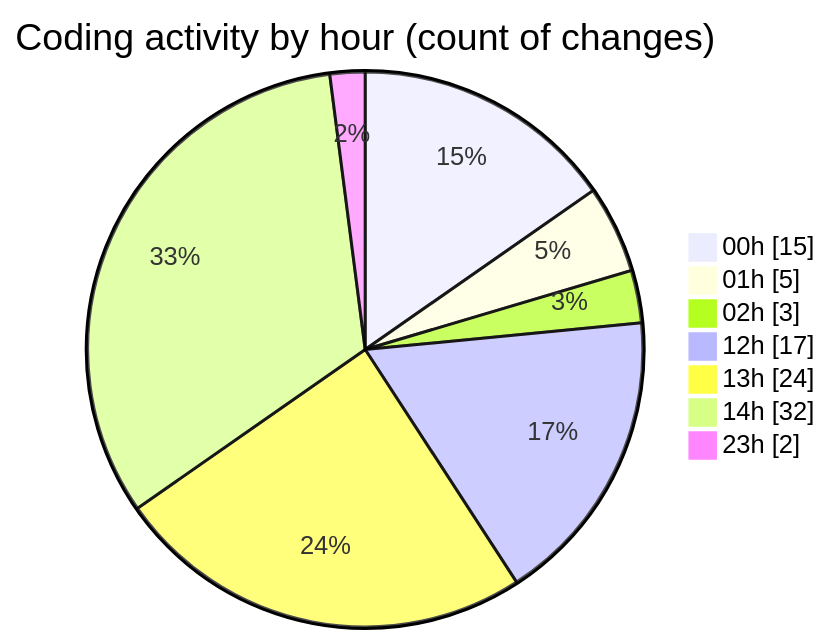
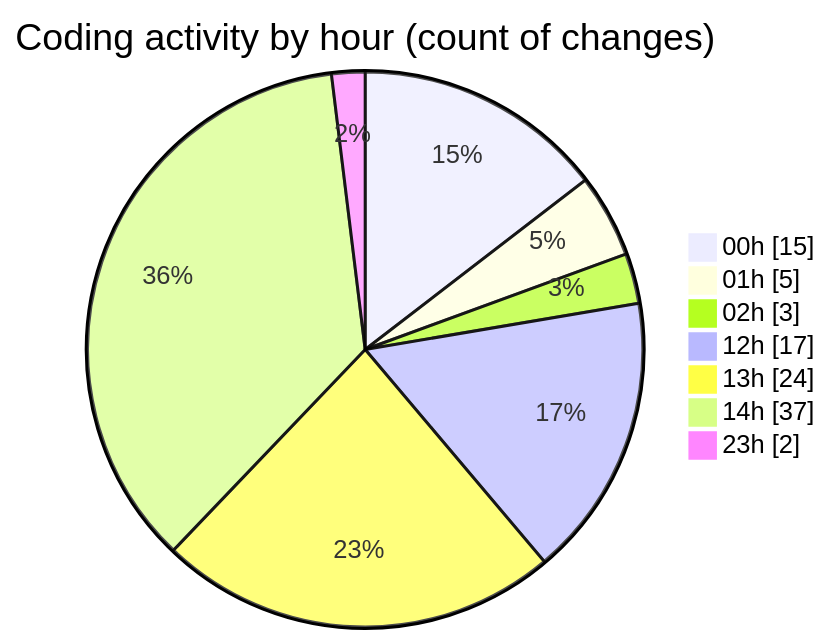
One commit to lephambinh05/code-tracking changed the second of 2 diagrams in 2025-08-13/rentotp/README.md. Above: the diagram before and after it, drawn with Mermaid. The commit also changed other lines of this file and 1 other file, not shown here.

````diff
--- a/2025-08-13/rentotp/README.md
+++ b/2025-08-13/rentotp/README.md
@@ -46,11 +46,11 @@
 ```mermaid
 pie showData
 title Coding activity by hour (count of changes)
 "00h" : 15
 "01h" : 5
 "02h" : 3
 "12h" : 17
 "13h" : 24
-"14h" : 32
+"14h" : 37
 "23h" : 2
 ```
````
